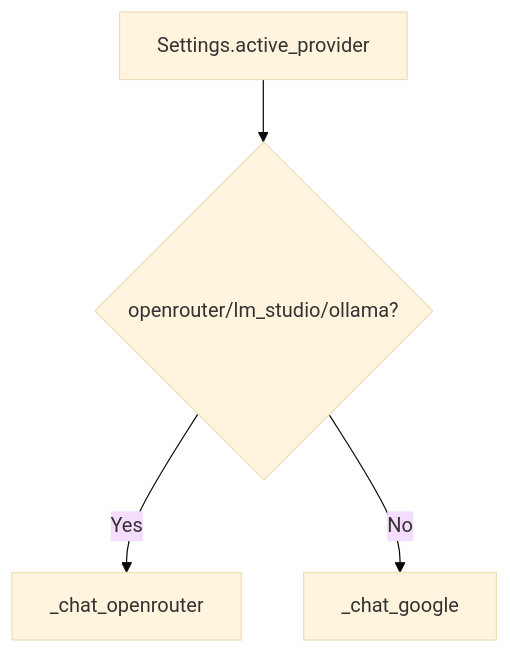
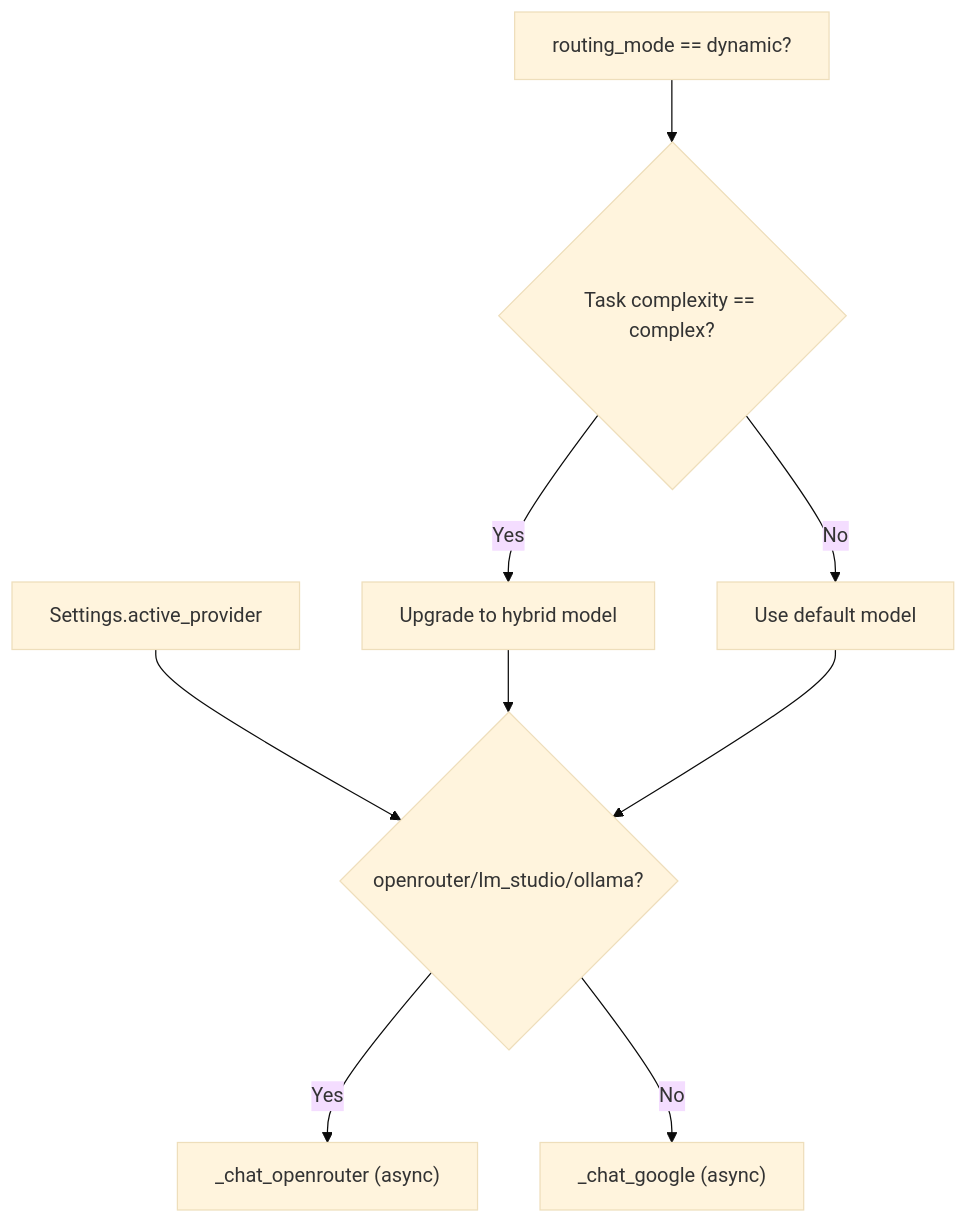
The fifth of 8 diagrams in .qoder/repowiki/en/content/Backend Components/LLM Integration Layer/Client Architecture and Factory Pattern.md (Sovetsky-Soyuz/AI-Assistant), drawn with Mermaid (base theme) before and after one commit. The commit also changed other lines of this file and 10 other files, not shown here.

````diff
--- a/.qoder/repowiki/en/content/Backend Components/LLM Integration Layer/Client Architecture and Factory Pattern.md
+++ b/.qoder/repowiki/en/content/Backend Components/LLM Integration Layer/Client Architecture and Factory Pattern.md
@@ -178,6 +203,11 @@
 ```mermaid
 flowchart TD
 A["Settings.active_provider"] --> B{"openrouter/lm_studio/ollama?"}
-B --> |Yes| C["_chat_openrouter"]
-B --> |No| D["_chat_google"]
+B --> |Yes| C["_chat_openrouter (async)"]
+B --> |No| D["_chat_google (async)"]
+E["routing_mode == dynamic?"] --> F{"Task complexity == complex?"}
+F --> |Yes| G["Upgrade to hybrid model"]
+F --> |No| H["Use default model"]
+G --> B
+H --> B
 ```
````
